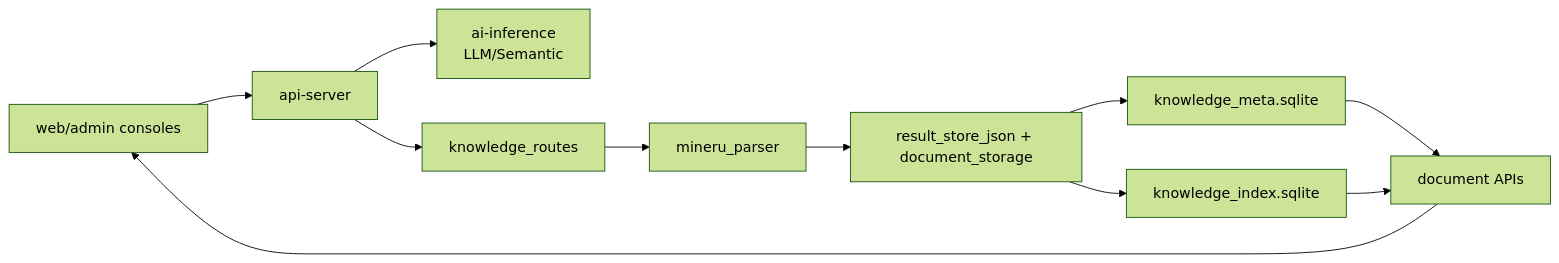
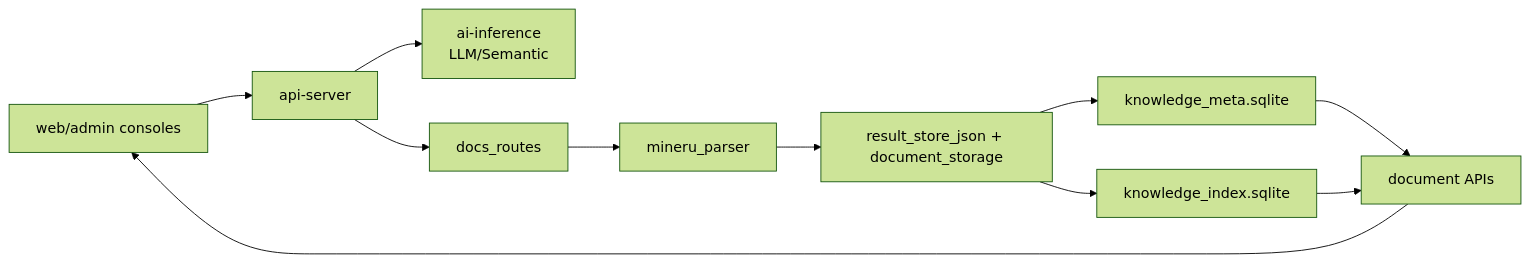
The first of 4 diagrams in docs/services-techniques.md (0mao0/AnGIneer), drawn with Mermaid (forest theme) before and after one commit. The commit also changed other lines of this file and 21 other files, not shown here.

Commit message:
refactor(docs-core): rename knowledge_service to docs_service, knowledge_routes to docs_routes

````diff
--- a/docs/services-techniques.md
+++ b/docs/services-techniques.md
@@ -50,23 +50,23 @@
 ```mermaid
 flowchart LR
   Front["web/admin consoles"]
   Api["api-server"]
   AI["ai-inference\nLLM/Semantic"]
-  Routes["knowledge_routes"]
+  Routes["docs_routes"]
   Parser["mineru_parser"]
   Store["result_store_json + document_storage"]
   Meta["knowledge_meta.sqlite"]
   Index["knowledge_index.sqlite"]
   Read["document APIs"]
 
   Front --> Api
   Api --> AI
   Api --> Routes
   Routes --> Parser
   Parser --> Store
   Store --> Meta
   Store --> Index
   Meta --> Read
   Index --> Read
   Read --> Front
 ```
````
